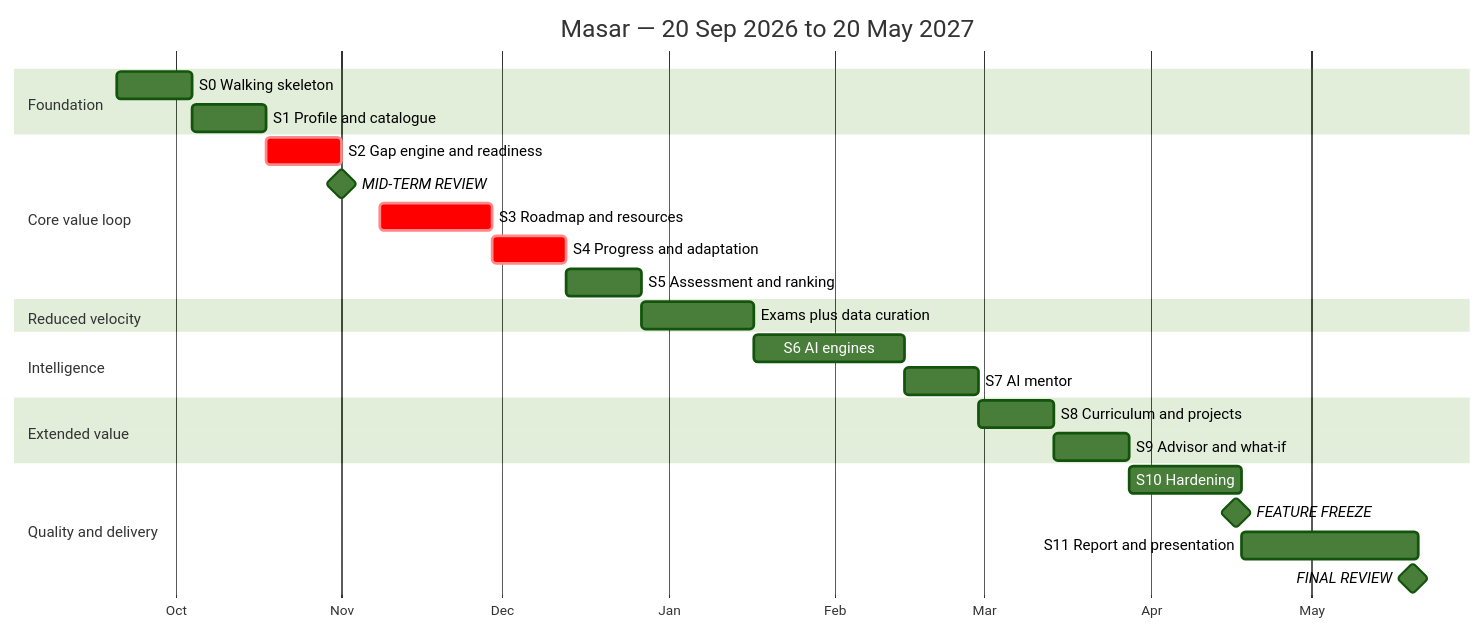
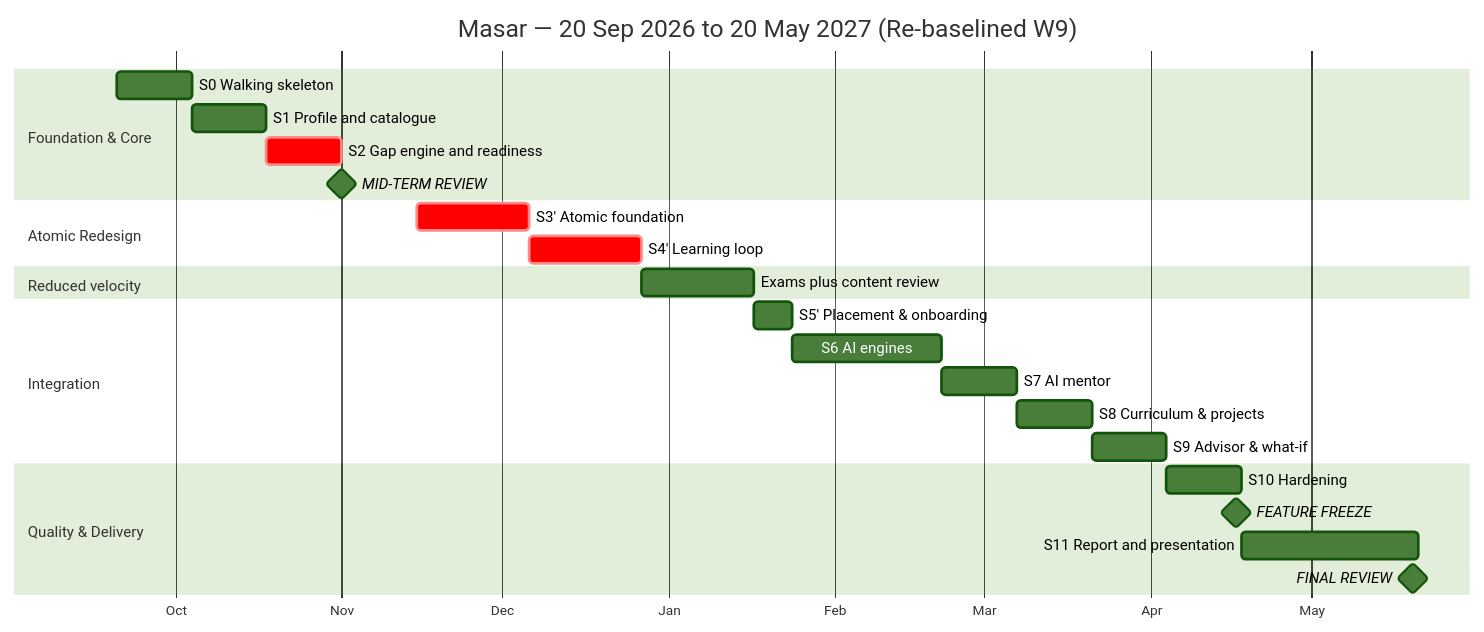
One commit to Masar-SCU/Masar changed the diagram in docs/08-plan-and-timeline.md. Above: the diagram before and after it, drawn with Mermaid (forest theme). The commit also changed other lines of this file and 26 other files, not shown here.

First line of the commit message:
docs: master specification revision for atomic roadmap and defect fixes

````diff
--- a/docs/08-plan-and-timeline.md
+++ b/docs/08-plan-and-timeline.md
@@ -325,34 +99,32 @@
 ```mermaid
 gantt
-    title Masar — 20 Sep 2026 to 20 May 2027
+    title Masar — 20 Sep 2026 to 20 May 2027 (Re-baselined W9)
     dateFormat YYYY-MM-DD
     axisFormat %b
 
-    section Foundation
+    section Foundation & Core
     S0 Walking skeleton         :s0, 2026-09-20, 14d
     S1 Profile and catalogue    :s1, after s0, 14d
-
-    section Core value loop
     S2 Gap engine and readiness :crit, s2, after s1, 14d
     MID-TERM REVIEW             :milestone, m1, 2026-11-01, 0d
-    S3 Roadmap and resources    :crit, s3, 2026-11-08, 21d
-    S4 Progress and adaptation  :crit, s4, after s3, 14d
-    S5 Assessment and ranking   :s5, after s4, 14d
+
+    section Atomic Redesign
+    S3' Atomic foundation       :crit, s3, 2026-11-15, 21d
+    S4' Learning loop           :crit, s4, after s3, 21d
 
     section Reduced velocity
-    Exams plus data curation    :exam, 2026-12-27, 21d
+    Exams plus content review   :exam, 2026-12-27, 21d
 
-    section Intelligence
-    S6 AI engines               :s6, 2027-01-17, 28d
+    section Integration
+    S5' Placement & onboarding  :s5, 2027-01-17, 7d
+    S6 AI engines               :s6, 2027-01-24, 28d
     S7 AI mentor                :s7, after s6, 14d
+    S8 Curriculum & projects    :s8, after s7, 14d
+    S9 Advisor & what-if        :s9, after s8, 14d
 
-    section Extended value
-    S8 Curriculum and projects  :s8, after s7, 14d
-    S9 Advisor and what-if      :s9, after s8, 14d
-
-    section Quality and delivery
-    S10 Hardening               :s10, 2027-03-28, 21d
+    section Quality & Delivery
+    S10 Hardening               :s10, 2027-04-04, 14d
     FEATURE FREEZE              :milestone, m2, 2027-04-17, 0d
     S11 Report and presentation :s11, 2027-04-18, 33d
     FINAL REVIEW                :milestone, m3, 2027-05-20, 0d
 ```
````
